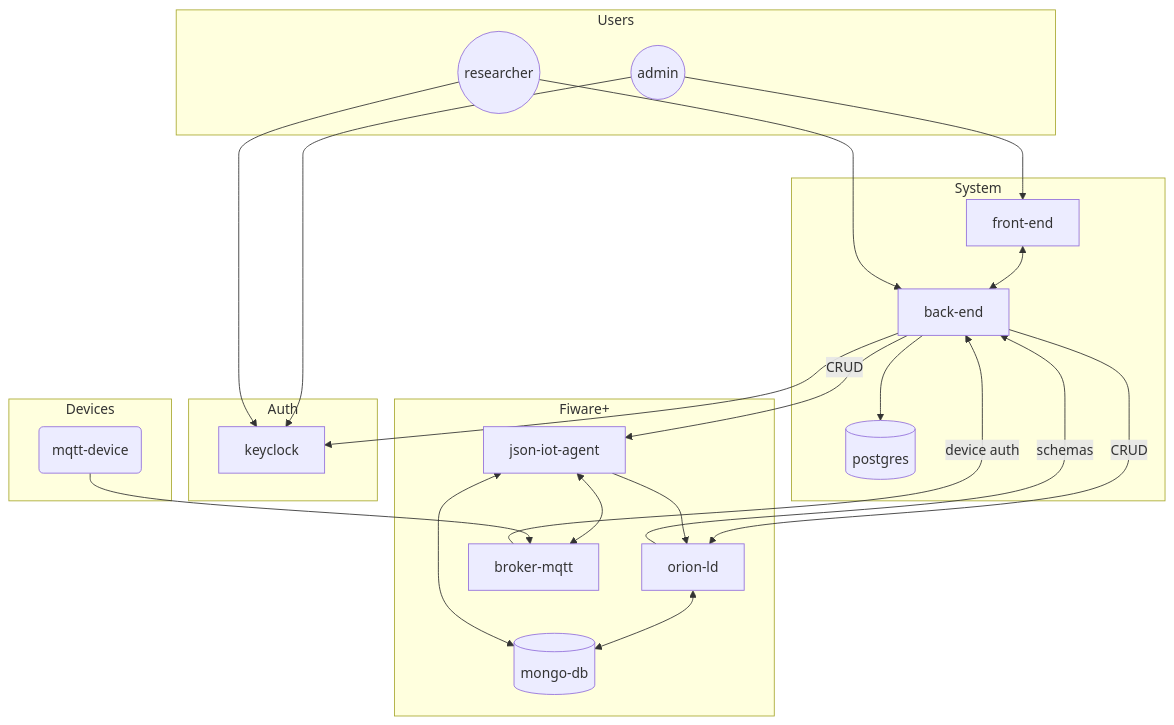
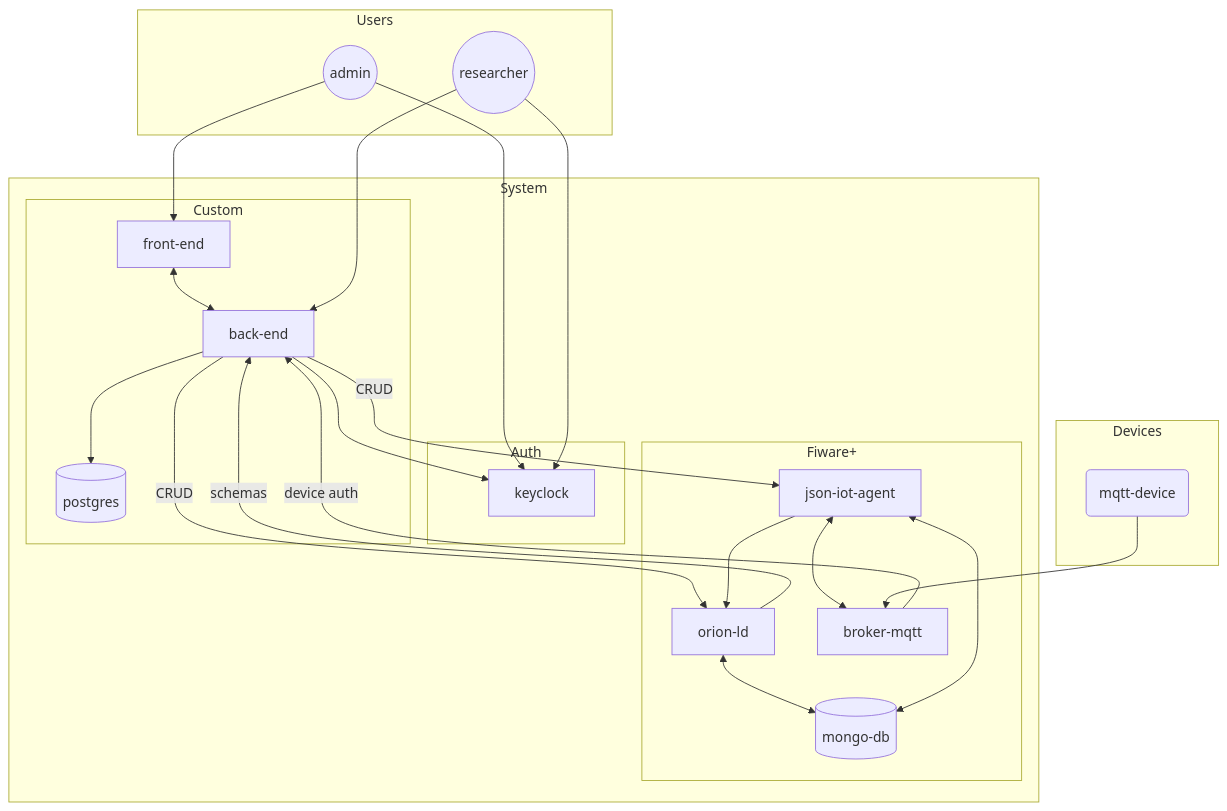
One commit to LuizTakeda/masters-system changed the diagram in README.md. Above: the diagram before and after it, drawn with Mermaid. The commit also changed other lines of this file and 10 other files, not shown here.

````diff
--- a/README.md
+++ b/README.md
@@ -3,51 +5,53 @@
 ```mermaid
 flowchart TB
-    subgraph  Users
+    subgraph Users
         admin(("admin"))
         researcher(("researcher"))
     end
 
-    subgraph Auth
-        keyclock["keyclock"]
+    subgraph System
+        subgraph Auth
+            keyclock["keyclock"]
 
-        admin --> keyclock
-        researcher --> keyclock
-    end
+            admin --> keyclock
+            researcher --> keyclock
+        end
 
-    subgraph System
-        front-end["front-end"]
-        back-end["back-end"]
-        postgres[(postgres)]
+        subgraph Custom
+            front-end["front-end"]
+            back-end["back-end"]
+            postgres[(postgres)]
 
-        front-end <--> back-end 
-        admin --> front-end
-        researcher --> back-end
+            front-end <--> back-end 
+            admin --> front-end
+            researcher --> back-end
 
-        back-end --> keyclock
-        back-end --> postgres
-    end
+            back-end --> keyclock
+            back-end --> postgres
+        end
 
-    subgraph Fiware+
-        orion-ld["orion-ld"]
-        json-iot-agent["json-iot-agent"]
-        mongo-db[("mongo-db")]
-        broker-mqtt["broker-mqtt"]
+        subgraph Fiware+
+            orion-ld["orion-ld"]
+            json-iot-agent["json-iot-agent"]
+            mongo-db[("mongo-db")]
+            broker-mqtt["broker-mqtt"]
 
-        orion-ld <--> mongo-db
-        orion-ld --"schemas"--> back-end
-        back-end --"CRUD"--> orion-ld
+            orion-ld <--> mongo-db
+            orion-ld --"schemas"--> back-end
+            back-end --"CRUD"--> orion-ld
 
-        json-iot-agent <--> mongo-db
-        json-iot-agent --> orion-ld
-        json-iot-agent <--> broker-mqtt
-        back-end -- "CRUD" --> json-iot-agent
+            json-iot-agent <--> mongo-db
+            json-iot-agent --> orion-ld
+            json-iot-agent <--> broker-mqtt
+            back-end -- "CRUD" --> json-iot-agent
 
-        broker-mqtt -- "device auth"--> back-end
+            broker-mqtt -- "device auth"--> back-end
+        end
     end
 
     subgraph Devices
         mqtt-device("mqtt-device")
 
         mqtt-device --> broker-mqtt
     end
 ```
````
